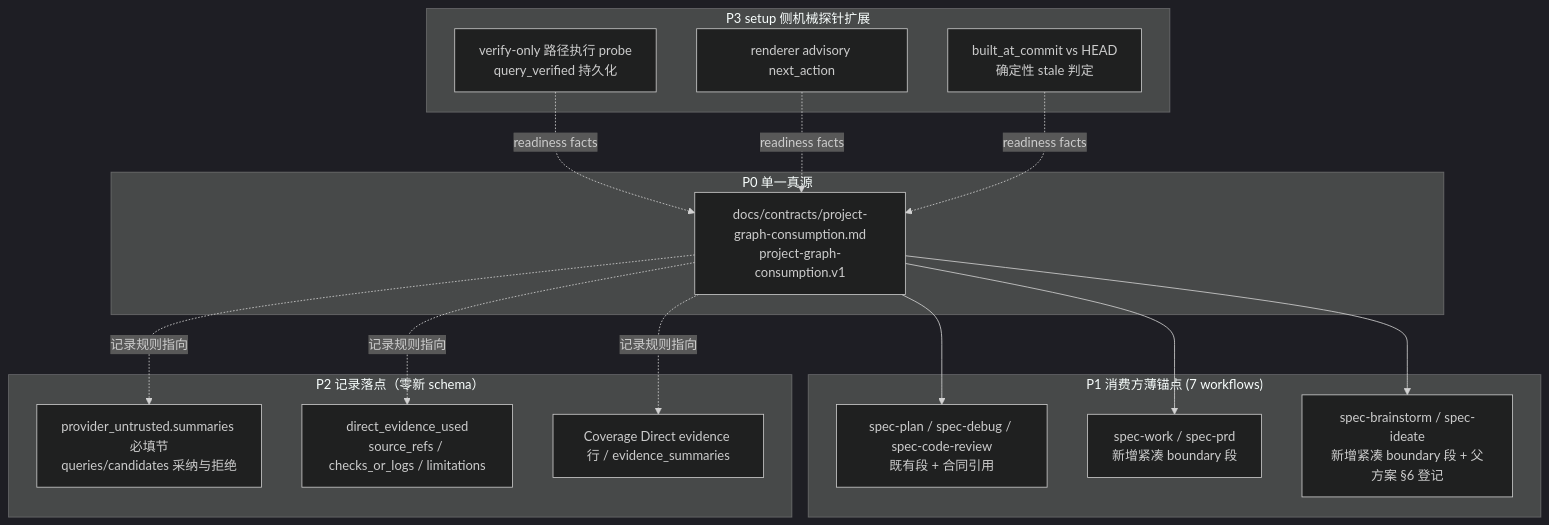
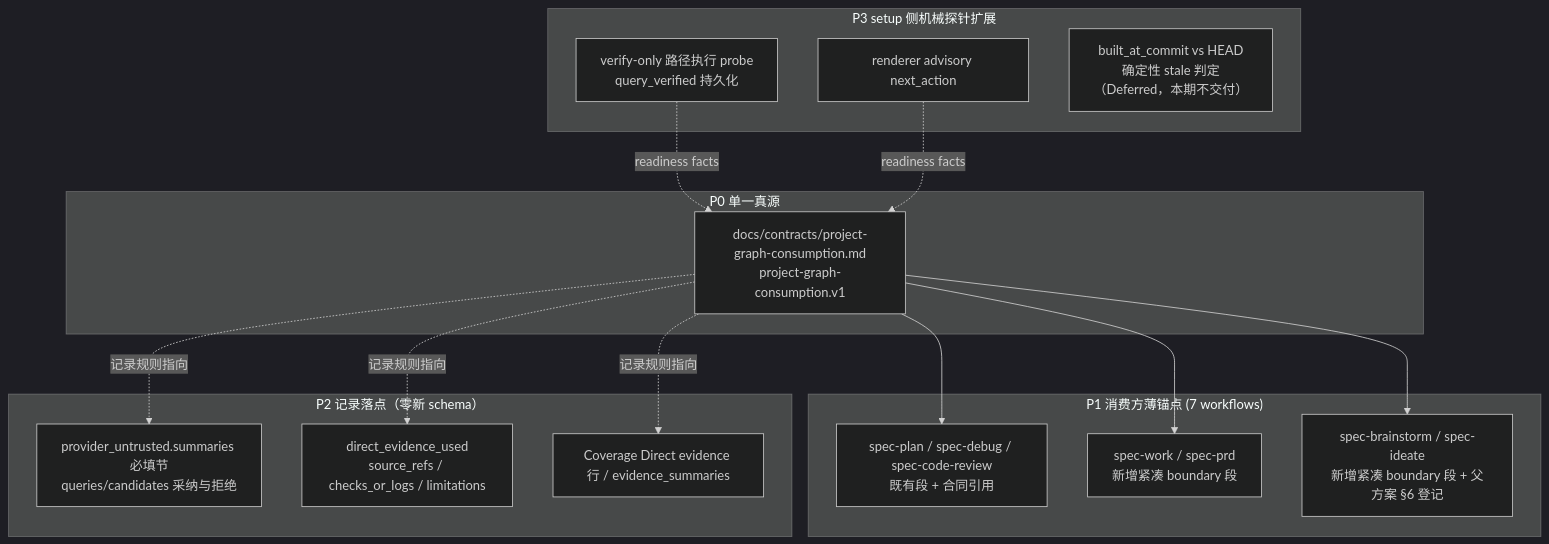
The diagram in docs/plans/2026-06-11-002-feat-project-graph-consumption-protocol-plan.md (ajiao7240/spec-first), drawn with Mermaid (dark theme) before and after one commit. The commit also changed other lines of this file and 12 other files, not shown here.

Commit message:
fix(runtime-setup): harden Graphify runtime visibility

````diff
--- a/docs/plans/2026-06-11-002-feat-project-graph-consumption-protocol-plan.md
+++ b/docs/plans/2026-06-11-002-feat-project-graph-consumption-protocol-plan.md
@@ -178,24 +179,24 @@
 ```mermaid
 flowchart TB
     subgraph contract["P0 单一真源"]
         C[docs/contracts/project-graph-consumption.md\nproject-graph-consumption.v1]
     end
     subgraph skills["P1 消费方薄锚点 (7 workflows)"]
         S1[spec-plan / spec-debug / spec-code-review\n既有段 + 合同引用]
         S2[spec-work / spec-prd\n新增紧凑 boundary 段]
         S3[spec-brainstorm / spec-ideate\n新增紧凑 boundary 段 + 父方案 §6 登记]
     end
     subgraph evidence["P2 记录落点（零新 schema）"]
         E1[provider_untrusted.summaries 必填节\nqueries/candidates 采纳与拒绝]
         E2[direct_evidence_used\nsource_refs / checks_or_logs / limitations]
         E3[Coverage Direct evidence 行 / evidence_summaries]
     end
     subgraph probe["P3 setup 侧机械探针扩展"]
         P1[verify-only 路径执行 probe\nquery_verified 持久化]
         P2[renderer advisory next_action]
-        P3[built_at_commit vs HEAD\n确定性 stale 判定]
+        P3[built_at_commit vs HEAD\n确定性 stale 判定\n（Deferred，本期不交付）]
     end
     C --> S1 & S2 & S3
     C -. 记录规则指向 .-> E1 & E2 & E3
-    P1 & P2 & P3 -. readiness facts .-> C
+    P1 & P2 -. readiness facts .-> C
 ```
````
